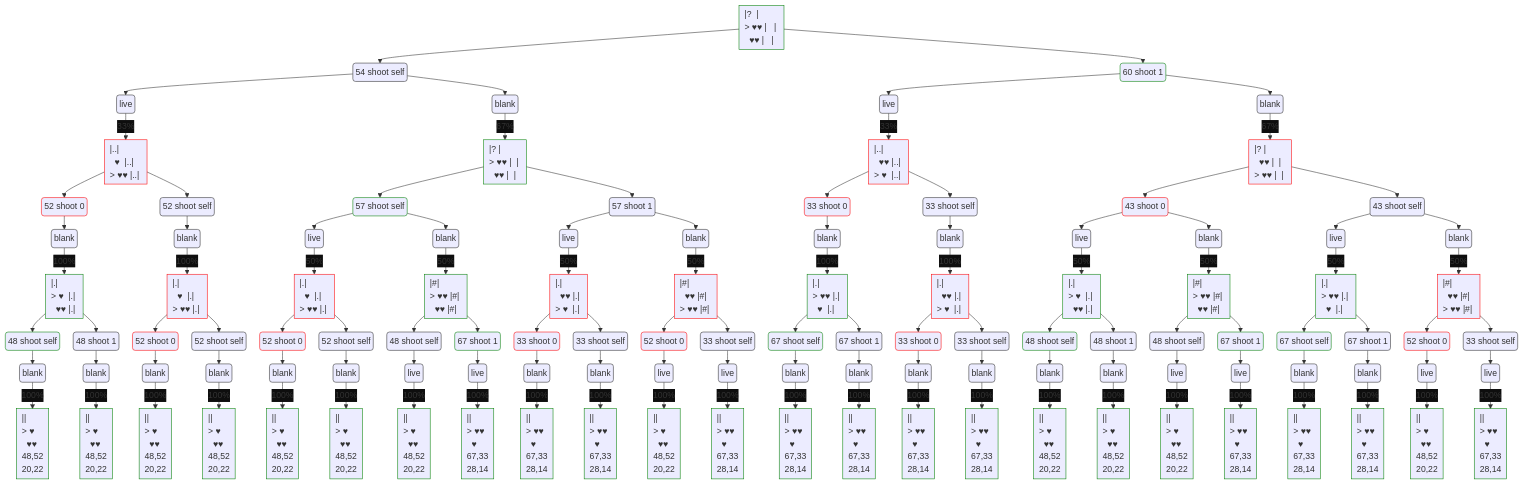
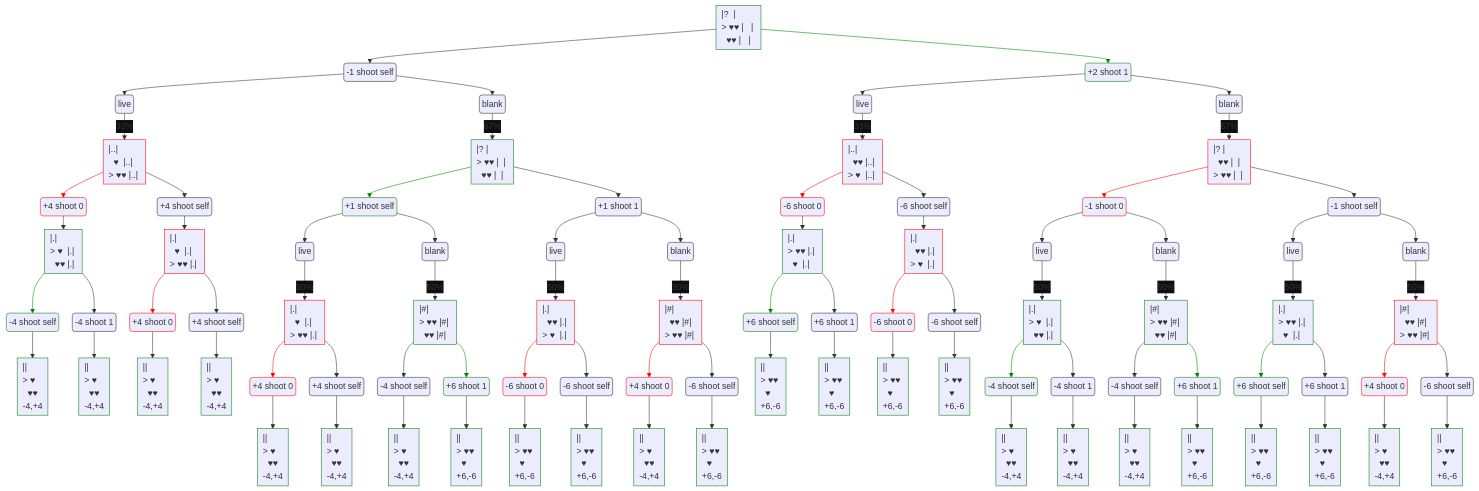
One commit to pingbird/buckshot changed the diagram in output.mmd. Above: the diagram before and after it, drawn with Mermaid. The commit also changed 3 other files, not shown here.

```diff
--- a/output.mmd
+++ b/output.mmd
@@ -14,7 +14,7 @@
 graph TD;
   n0["|?&nbsp;&nbsp;|&nbsp;<br>>&nbsp;♥♥&nbsp;|&nbsp;&nbsp;&nbsp;|&nbsp;<br>&nbsp;&nbsp;♥♥&nbsp;|&nbsp;&nbsp;&nbsp;|&nbsp;<br>"]
   style n0 text-align:left,stroke:green;
-  d0-0("54 shoot self")
+  d0-0("-1 shoot self")
   n0 --> d0-0
   p0-0-0(" live")
   d0-0 --> p0-0-0
@@ -22,9 +22,10 @@
   p0-0-1(" blank")
   d0-0 --> p0-0-1
   p0-0-1 -->|"67%"| n8
-  d0-1("60 shoot 1")
+  d0-1("+2 shoot 1")
   n0 --> d0-1
   style d0-1 stroke: green
+  linkStyle 5 stroke: green;
   p0-1-0(" live")
   d0-1 --> p0-1-0
   p0-1-0 -->|"33%"| n21
@@ -33,63 +34,55 @@
   p0-1-1 -->|"67%"| n28
   n1["|..|&nbsp;<br>&nbsp;&nbsp;♥&nbsp;&nbsp;|..|&nbsp;<br>>&nbsp;♥♥&nbsp;|..|&nbsp;<br>"]
   style n1 text-align:left,stroke:red;
-  d1-0("52 shoot 0")
+  d1-0("+4 shoot 0")
   n1 --> d1-0
   style d1-0 stroke: red
-  p1-0-0(" blank")
-  d1-0 --> p1-0-0
-  p1-0-0 -->|"100%"| n2
-  d1-1("52 shoot self")
+  linkStyle 10 stroke: red;
+  d1-0 --> n2
+  d1-1("+4 shoot self")
   n1 --> d1-1
-  p1-1-0(" blank")
-  d1-1 --> p1-1-0
-  p1-1-0 -->|"100%"| n5
+  d1-1 --> n5
   n2["|.|&nbsp;<br>>&nbsp;♥&nbsp;&nbsp;|.|&nbsp;<br>&nbsp;&nbsp;♥♥&nbsp;|.|&nbsp;<br>"]
   style n2 text-align:left,stroke:green;
-  d2-0("48 shoot self")
+  d2-0("-4 shoot self")
   n2 --> d2-0
   style d2-0 stroke: green
-  p2-0-0(" blank")
-  d2-0 --> p2-0-0
-  p2-0-0 -->|"100%"| n3
-  d2-1("48 shoot 1")
+  linkStyle 14 stroke: green;
+  d2-0 --> n3
+  d2-1("-4 shoot 1")
   n2 --> d2-1
-  p2-1-0(" blank")
-  d2-1 --> p2-1-0
-  p2-1-0 -->|"100%"| n4
-  n3["||&nbsp;<br>>&nbsp;♥&nbsp;&nbsp;<br>&nbsp;&nbsp;♥♥&nbsp;<br>48,52<br>20,22"]
+  d2-1 --> n4
+  n3["||&nbsp;<br>>&nbsp;♥&nbsp;&nbsp;<br>&nbsp;&nbsp;♥♥&nbsp;<br>-4,+4"]
   style n3 text-align:left,stroke:green;
-  n4["||&nbsp;<br>>&nbsp;♥&nbsp;&nbsp;<br>&nbsp;&nbsp;♥♥&nbsp;<br>48,52<br>20,22"]
+  n4["||&nbsp;<br>>&nbsp;♥&nbsp;&nbsp;<br>&nbsp;&nbsp;♥♥&nbsp;<br>-4,+4"]
   style n4 text-align:left,stroke:green;
   n5["|.|&nbsp;<br>&nbsp;&nbsp;♥&nbsp;&nbsp;|.|&nbsp;<br>>&nbsp;♥♥&nbsp;|.|&nbsp;<br>"]
   style n5 text-align:left,stroke:red;
-  d5-0("52 shoot 0")
+  d5-0("+4 shoot 0")
   n5 --> d5-0
   style d5-0 stroke: red
-  p5-0-0(" blank")
-  d5-0 --> p5-0-0
-  p5-0-0 -->|"100%"| n6
-  d5-1("52 shoot self")
+  linkStyle 18 stroke: red;
+  d5-0 --> n6
+  d5-1("+4 shoot self")
   n5 --> d5-1
-  p5-1-0(" blank")
-  d5-1 --> p5-1-0
-  p5-1-0 -->|"100%"| n7
-  n6["||&nbsp;<br>>&nbsp;♥&nbsp;&nbsp;<br>&nbsp;&nbsp;♥♥&nbsp;<br>48,52<br>20,22"]
+  d5-1 --> n7
+  n6["||&nbsp;<br>>&nbsp;♥&nbsp;&nbsp;<br>&nbsp;&nbsp;♥♥&nbsp;<br>-4,+4"]
   style n6 text-align:left,stroke:green;
-  n7["||&nbsp;<br>>&nbsp;♥&nbsp;&nbsp;<br>&nbsp;&nbsp;♥♥&nbsp;<br>48,52<br>20,22"]
+  n7["||&nbsp;<br>>&nbsp;♥&nbsp;&nbsp;<br>&nbsp;&nbsp;♥♥&nbsp;<br>-4,+4"]
   style n7 text-align:left,stroke:green;
   n8["|?&nbsp;|&nbsp;<br>>&nbsp;♥♥&nbsp;|&nbsp;&nbsp;|&nbsp;<br>&nbsp;&nbsp;♥♥&nbsp;|&nbsp;&nbsp;|&nbsp;<br>"]
   style n8 text-align:left,stroke:green;
-  d8-0("57 shoot self")
+  d8-0("+1 shoot self")
   n8 --> d8-0
   style d8-0 stroke: green
+  linkStyle 22 stroke: green;
   p8-0-0(" live")
   d8-0 --> p8-0-0
   p8-0-0 -->|"50%"| n9
   p8-0-1(" blank")
   d8-0 --> p8-0-1
   p8-0-1 -->|"50%"| n12
-  d8-1("57 shoot 1")
+  d8-1("+1 shoot 1")
   n8 --> d8-1
   p8-1-0(" live")
   d8-1 --> p8-1-0
@@ -99,131 +92,111 @@
   p8-1-1 -->|"50%"| n18
   n9["|.|&nbsp;<br>&nbsp;&nbsp;♥&nbsp;&nbsp;|.|&nbsp;<br>>&nbsp;♥♥&nbsp;|.|&nbsp;<br>"]
   style n9 text-align:left,stroke:red;
-  d9-0("52 shoot 0")
+  d9-0("+4 shoot 0")
   n9 --> d9-0
   style d9-0 stroke: red
-  p9-0-0(" blank")
-  d9-0 --> p9-0-0
-  p9-0-0 -->|"100%"| n10
-  d9-1("52 shoot self")
+  linkStyle 32 stroke: red;
+  d9-0 --> n10
+  d9-1("+4 shoot self")
   n9 --> d9-1
-  p9-1-0(" blank")
-  d9-1 --> p9-1-0
-  p9-1-0 -->|"100%"| n11
-  n10["||&nbsp;<br>>&nbsp;♥&nbsp;&nbsp;<br>&nbsp;&nbsp;♥♥&nbsp;<br>48,52<br>20,22"]
+  d9-1 --> n11
+  n10["||&nbsp;<br>>&nbsp;♥&nbsp;&nbsp;<br>&nbsp;&nbsp;♥♥&nbsp;<br>-4,+4"]
   style n10 text-align:left,stroke:green;
-  n11["||&nbsp;<br>>&nbsp;♥&nbsp;&nbsp;<br>&nbsp;&nbsp;♥♥&nbsp;<br>48,52<br>20,22"]
+  n11["||&nbsp;<br>>&nbsp;♥&nbsp;&nbsp;<br>&nbsp;&nbsp;♥♥&nbsp;<br>-4,+4"]
   style n11 text-align:left,stroke:green;
   n12["|#|&nbsp;<br>>&nbsp;♥♥&nbsp;|#|&nbsp;<br>&nbsp;&nbsp;♥♥&nbsp;|#|&nbsp;<br>"]
   style n12 text-align:left,stroke:green;
-  d12-0("48 shoot self")
+  d12-0("-4 shoot self")
   n12 --> d12-0
-  p12-0-0(" live")
-  d12-0 --> p12-0-0
-  p12-0-0 -->|"100%"| n13
-  d12-1("67 shoot 1")
+  d12-0 --> n13
+  d12-1("+6 shoot 1")
   n12 --> d12-1
   style d12-1 stroke: green
-  p12-1-0(" live")
-  d12-1 --> p12-1-0
-  p12-1-0 -->|"100%"| n14
-  n13["||&nbsp;<br>>&nbsp;♥&nbsp;&nbsp;<br>&nbsp;&nbsp;♥♥&nbsp;<br>48,52<br>20,22"]
+  linkStyle 38 stroke: green;
+  d12-1 --> n14
+  n13["||&nbsp;<br>>&nbsp;♥&nbsp;&nbsp;<br>&nbsp;&nbsp;♥♥&nbsp;<br>-4,+4"]
   style n13 text-align:left,stroke:green;
-  n14["||&nbsp;<br>>&nbsp;♥♥&nbsp;<br>&nbsp;&nbsp;♥&nbsp;&nbsp;<br>67,33<br>28,14"]
+  n14["||&nbsp;<br>>&nbsp;♥♥&nbsp;<br>&nbsp;&nbsp;♥&nbsp;&nbsp;<br>+6,-6"]
   style n14 text-align:left,stroke:green;
   n15["|.|&nbsp;<br>&nbsp;&nbsp;♥♥&nbsp;|.|&nbsp;<br>>&nbsp;♥&nbsp;&nbsp;|.|&nbsp;<br>"]
   style n15 text-align:left,stroke:red;
-  d15-0("33 shoot 0")
+  d15-0("-6 shoot 0")
   n15 --> d15-0
   style d15-0 stroke: red
-  p15-0-0(" blank")
-  d15-0 --> p15-0-0
-  p15-0-0 -->|"100%"| n16
-  d15-1("33 shoot self")
+  linkStyle 40 stroke: red;
+  d15-0 --> n16
+  d15-1("-6 shoot self")
   n15 --> d15-1
-  p15-1-0(" blank")
-  d15-1 --> p15-1-0
-  p15-1-0 -->|"100%"| n17
-  n16["||&nbsp;<br>>&nbsp;♥♥&nbsp;<br>&nbsp;&nbsp;♥&nbsp;&nbsp;<br>67,33<br>28,14"]
+  d15-1 --> n17
+  n16["||&nbsp;<br>>&nbsp;♥♥&nbsp;<br>&nbsp;&nbsp;♥&nbsp;&nbsp;<br>+6,-6"]
   style n16 text-align:left,stroke:green;
-  n17["||&nbsp;<br>>&nbsp;♥♥&nbsp;<br>&nbsp;&nbsp;♥&nbsp;&nbsp;<br>67,33<br>28,14"]
+  n17["||&nbsp;<br>>&nbsp;♥♥&nbsp;<br>&nbsp;&nbsp;♥&nbsp;&nbsp;<br>+6,-6"]
   style n17 text-align:left,stroke:green;
   n18["|#|&nbsp;<br>&nbsp;&nbsp;♥♥&nbsp;|#|&nbsp;<br>>&nbsp;♥♥&nbsp;|#|&nbsp;<br>"]
   style n18 text-align:left,stroke:red;
-  d18-0("52 shoot 0")
+  d18-0("+4 shoot 0")
   n18 --> d18-0
   style d18-0 stroke: red
-  p18-0-0(" live")
-  d18-0 --> p18-0-0
-  p18-0-0 -->|"100%"| n19
-  d18-1("33 shoot self")
+  linkStyle 44 stroke: red;
+  d18-0 --> n19
+  d18-1("-6 shoot self")
   n18 --> d18-1
-  p18-1-0(" live")
-  d18-1 --> p18-1-0
-  p18-1-0 -->|"100%"| n20
-  n19["||&nbsp;<br>>&nbsp;♥&nbsp;&nbsp;<br>&nbsp;&nbsp;♥♥&nbsp;<br>48,52<br>20,22"]
+  d18-1 --> n20
+  n19["||&nbsp;<br>>&nbsp;♥&nbsp;&nbsp;<br>&nbsp;&nbsp;♥♥&nbsp;<br>-4,+4"]
   style n19 text-align:left,stroke:green;
-  n20["||&nbsp;<br>>&nbsp;♥♥&nbsp;<br>&nbsp;&nbsp;♥&nbsp;&nbsp;<br>67,33<br>28,14"]
+  n20["||&nbsp;<br>>&nbsp;♥♥&nbsp;<br>&nbsp;&nbsp;♥&nbsp;&nbsp;<br>+6,-6"]
   style n20 text-align:left,stroke:green;
   n21["|..|&nbsp;<br>&nbsp;&nbsp;♥♥&nbsp;|..|&nbsp;<br>>&nbsp;♥&nbsp;&nbsp;|..|&nbsp;<br>"]
   style n21 text-align:left,stroke:red;
-  d21-0("33 shoot 0")
+  d21-0("-6 shoot 0")
   n21 --> d21-0
   style d21-0 stroke: red
-  p21-0-0(" blank")
-  d21-0 --> p21-0-0
-  p21-0-0 -->|"100%"| n22
-  d21-1("33 shoot self")
+  linkStyle 48 stroke: red;
+  d21-0 --> n22
+  d21-1("-6 shoot self")
   n21 --> d21-1
-  p21-1-0(" blank")
-  d21-1 --> p21-1-0
-  p21-1-0 -->|"100%"| n25
+  d21-1 --> n25
   n22["|.|&nbsp;<br>>&nbsp;♥♥&nbsp;|.|&nbsp;<br>&nbsp;&nbsp;♥&nbsp;&nbsp;|.|&nbsp;<br>"]
   style n22 text-align:left,stroke:green;
-  d22-0("67 shoot self")
+  d22-0("+6 shoot self")
   n22 --> d22-0
   style d22-0 stroke: green
-  p22-0-0(" blank")
-  d22-0 --> p22-0-0
-  p22-0-0 -->|"100%"| n23
-  d22-1("67 shoot 1")
+  linkStyle 52 stroke: green;
+  d22-0 --> n23
+  d22-1("+6 shoot 1")
   n22 --> d22-1
-  p22-1-0(" blank")
-  d22-1 --> p22-1-0
-  p22-1-0 -->|"100%"| n24
-  n23["||&nbsp;<br>>&nbsp;♥♥&nbsp;<br>&nbsp;&nbsp;♥&nbsp;&nbsp;<br>67,33<br>28,14"]
+  d22-1 --> n24
+  n23["||&nbsp;<br>>&nbsp;♥♥&nbsp;<br>&nbsp;&nbsp;♥&nbsp;&nbsp;<br>+6,-6"]
   style n23 text-align:left,stroke:green;
-  n24["||&nbsp;<br>>&nbsp;♥♥&nbsp;<br>&nbsp;&nbsp;♥&nbsp;&nbsp;<br>67,33<br>28,14"]
+  n24["||&nbsp;<br>>&nbsp;♥♥&nbsp;<br>&nbsp;&nbsp;♥&nbsp;&nbsp;<br>+6,-6"]
   style n24 text-align:left,stroke:green;
   n25["|.|&nbsp;<br>&nbsp;&nbsp;♥♥&nbsp;|.|&nbsp;<br>>&nbsp;♥&nbsp;&nbsp;|.|&nbsp;<br>"]
   style n25 text-align:left,stroke:red;
-  d25-0("33 shoot 0")
+  d25-0("-6 shoot 0")
   n25 --> d25-0
   style d25-0 stroke: red
-  p25-0-0(" blank")
-  d25-0 --> p25-0-0
-  p25-0-0 -->|"100%"| n26
-  d25-1("33 shoot self")
+  linkStyle 56 stroke: red;
+  d25-0 --> n26
+  d25-1("-6 shoot self")
   n25 --> d25-1
-  p25-1-0(" blank")
-  d25-1 --> p25-1-0
-  p25-1-0 -->|"100%"| n27
-  n26["||&nbsp;<br>>&nbsp;♥♥&nbsp;<br>&nbsp;&nbsp;♥&nbsp;&nbsp;<br>67,33<br>28,14"]
+  d25-1 --> n27
+  n26["||&nbsp;<br>>&nbsp;♥♥&nbsp;<br>&nbsp;&nbsp;♥&nbsp;&nbsp;<br>+6,-6"]
   style n26 text-align:left,stroke:green;
-  n27["||&nbsp;<br>>&nbsp;♥♥&nbsp;<br>&nbsp;&nbsp;♥&nbsp;&nbsp;<br>67,33<br>28,14"]
+  n27["||&nbsp;<br>>&nbsp;♥♥&nbsp;<br>&nbsp;&nbsp;♥&nbsp;&nbsp;<br>+6,-6"]
   style n27 text-align:left,stroke:green;
   n28["|?&nbsp;|&nbsp;<br>&nbsp;&nbsp;♥♥&nbsp;|&nbsp;&nbsp;|&nbsp;<br>>&nbsp;♥♥&nbsp;|&nbsp;&nbsp;|&nbsp;<br>"]
   style n28 text-align:left,stroke:red;
-  d28-0("43 shoot 0")
+  d28-0("-1 shoot 0")
   n28 --> d28-0
   style d28-0 stroke: red
+  linkStyle 60 stroke: red;
   p28-0-0(" live")
   d28-0 --> p28-0-0
   p28-0-0 -->|"50%"| n29
   p28-0-1(" blank")
   d28-0 --> p28-0-1
   p28-0-1 -->|"50%"| n32
-  d28-1("43 shoot self")
+  d28-1("-1 shoot self")
   n28 --> d28-1
   p28-1-0(" live")
   d28-1 --> p28-1-0
@@ -233,69 +206,57 @@
   p28-1-1 -->|"50%"| n38
   n29["|.|&nbsp;<br>>&nbsp;♥&nbsp;&nbsp;|.|&nbsp;<br>&nbsp;&nbsp;♥♥&nbsp;|.|&nbsp;<br>"]
   style n29 text-align:left,stroke:green;
-  d29-0("48 shoot self")
+  d29-0("-4 shoot self")
   n29 --> d29-0
   style d29-0 stroke: green
-  p29-0-0(" blank")
-  d29-0 --> p29-0-0
-  p29-0-0 -->|"100%"| n30
-  d29-1("48 shoot 1")
+  linkStyle 70 stroke: green;
+  d29-0 --> n30
+  d29-1("-4 shoot 1")
   n29 --> d29-1
-  p29-1-0(" blank")
-  d29-1 --> p29-1-0
-  p29-1-0 -->|"100%"| n31
-  n30["||&nbsp;<br>>&nbsp;♥&nbsp;&nbsp;<br>&nbsp;&nbsp;♥♥&nbsp;<br>48,52<br>20,22"]
+  d29-1 --> n31
+  n30["||&nbsp;<br>>&nbsp;♥&nbsp;&nbsp;<br>&nbsp;&nbsp;♥♥&nbsp;<br>-4,+4"]
   style n30 text-align:left,stroke:green;
-  n31["||&nbsp;<br>>&nbsp;♥&nbsp;&nbsp;<br>&nbsp;&nbsp;♥♥&nbsp;<br>48,52<br>20,22"]
+  n31["||&nbsp;<br>>&nbsp;♥&nbsp;&nbsp;<br>&nbsp;&nbsp;♥♥&nbsp;<br>-4,+4"]
   style n31 text-align:left,stroke:green;
   n32["|#|&nbsp;<br>>&nbsp;♥♥&nbsp;|#|&nbsp;<br>&nbsp;&nbsp;♥♥&nbsp;|#|&nbsp;<br>"]
   style n32 text-align:left,stroke:green;
-  d32-0("48 shoot self")
+  d32-0("-4 shoot self")
   n32 --> d32-0
-  p32-0-0(" live")
-  d32-0 --> p32-0-0
-  p32-0-0 -->|"100%"| n33
-  d32-1("67 shoot 1")
+  d32-0 --> n33
+  d32-1("+6 shoot 1")
   n32 --> d32-1
   style d32-1 stroke: green
-  p32-1-0(" live")
-  d32-1 --> p32-1-0
-  p32-1-0 -->|"100%"| n34
-  n33["||&nbsp;<br>>&nbsp;♥&nbsp;&nbsp;<br>&nbsp;&nbsp;♥♥&nbsp;<br>48,52<br>20,22"]
+  linkStyle 76 stroke: green;
+  d32-1 --> n34
+  n33["||&nbsp;<br>>&nbsp;♥&nbsp;&nbsp;<br>&nbsp;&nbsp;♥♥&nbsp;<br>-4,+4"]
   style n33 text-align:left,stroke:green;
-  n34["||&nbsp;<br>>&nbsp;♥♥&nbsp;<br>&nbsp;&nbsp;♥&nbsp;&nbsp;<br>67,33<br>28,14"]
+  n34["||&nbsp;<br>>&nbsp;♥♥&nbsp;<br>&nbsp;&nbsp;♥&nbsp;&nbsp;<br>+6,-6"]
   style n34 text-align:left,stroke:green;
   n35["|.|&nbsp;<br>>&nbsp;♥♥&nbsp;|.|&nbsp;<br>&nbsp;&nbsp;♥&nbsp;&nbsp;|.|&nbsp;<br>"]
   style n35 text-align:left,stroke:green;
-  d35-0("67 shoot self")
+  d35-0("+6 shoot self")
   n35 --> d35-0
   style d35-0 stroke: green
-  p35-0-0(" blank")
-  d35-0 --> p35-0-0
-  p35-0-0 -->|"100%"| n36
-  d35-1("67 shoot 1")
+  linkStyle 78 stroke: green;
+  d35-0 --> n36
+  d35-1("+6 shoot 1")
   n35 --> d35-1
-  p35-1-0(" blank")
-  d35-1 --> p35-1-0
-  p35-1-0 -->|"100%"| n37
-  n36["||&nbsp;<br>>&nbsp;♥♥&nbsp;<br>&nbsp;&nbsp;♥&nbsp;&nbsp;<br>67,33<br>28,14"]
+  d35-1 --> n37
+  n36["||&nbsp;<br>>&nbsp;♥♥&nbsp;<br>&nbsp;&nbsp;♥&nbsp;&nbsp;<br>+6,-6"]
   style n36 text-align:left,stroke:green;
-  n37["||&nbsp;<br>>&nbsp;♥♥&nbsp;<br>&nbsp;&nbsp;♥&nbsp;&nbsp;<br>67,33<br>28,14"]
+  n37["||&nbsp;<br>>&nbsp;♥♥&nbsp;<br>&nbsp;&nbsp;♥&nbsp;&nbsp;<br>+6,-6"]
   style n37 text-align:left,stroke:green;
   n38["|#|&nbsp;<br>&nbsp;&nbsp;♥♥&nbsp;|#|&nbsp;<br>>&nbsp;♥♥&nbsp;|#|&nbsp;<br>"]
   style n38 text-align:left,stroke:red;
-  d38-0("52 shoot 0")
+  d38-0("+4 shoot 0")
   n38 --> d38-0
   style d38-0 stroke: red
-  p38-0-0(" live")
-  d38-0 --> p38-0-0
-  p38-0-0 -->|"100%"| n39
-  d38-1("33 shoot self")
+  linkStyle 82 stroke: red;
+  d38-0 --> n39
+  d38-1("-6 shoot self")
   n38 --> d38-1
-  p38-1-0(" live")
-  d38-1 --> p38-1-0
-  p38-1-0 -->|"100%"| n40
-  n39["||&nbsp;<br>>&nbsp;♥&nbsp;&nbsp;<br>&nbsp;&nbsp;♥♥&nbsp;<br>48,52<br>20,22"]
+  d38-1 --> n40
+  n39["||&nbsp;<br>>&nbsp;♥&nbsp;&nbsp;<br>&nbsp;&nbsp;♥♥&nbsp;<br>-4,+4"]
   style n39 text-align:left,stroke:green;
-  n40["||&nbsp;<br>>&nbsp;♥♥&nbsp;<br>&nbsp;&nbsp;♥&nbsp;&nbsp;<br>67,33<br>28,14"]
+  n40["||&nbsp;<br>>&nbsp;♥♥&nbsp;<br>&nbsp;&nbsp;♥&nbsp;&nbsp;<br>+6,-6"]
   style n40 text-align:left,stroke:green;
```
